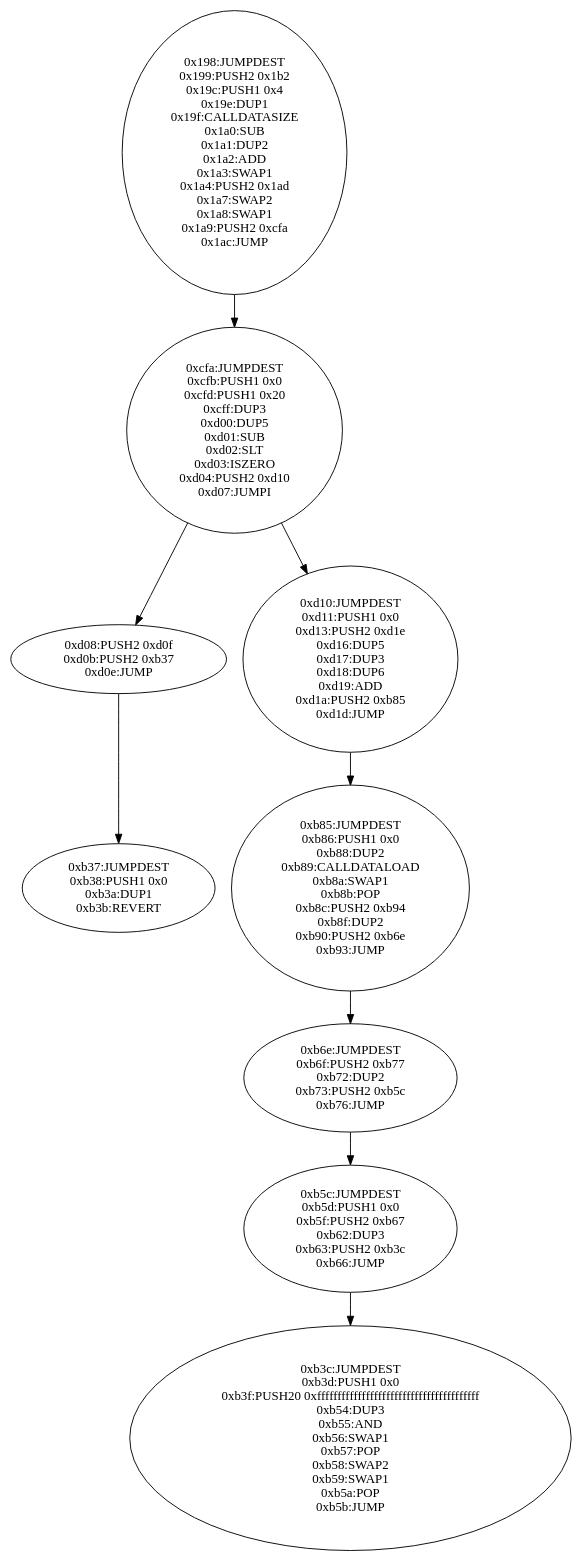
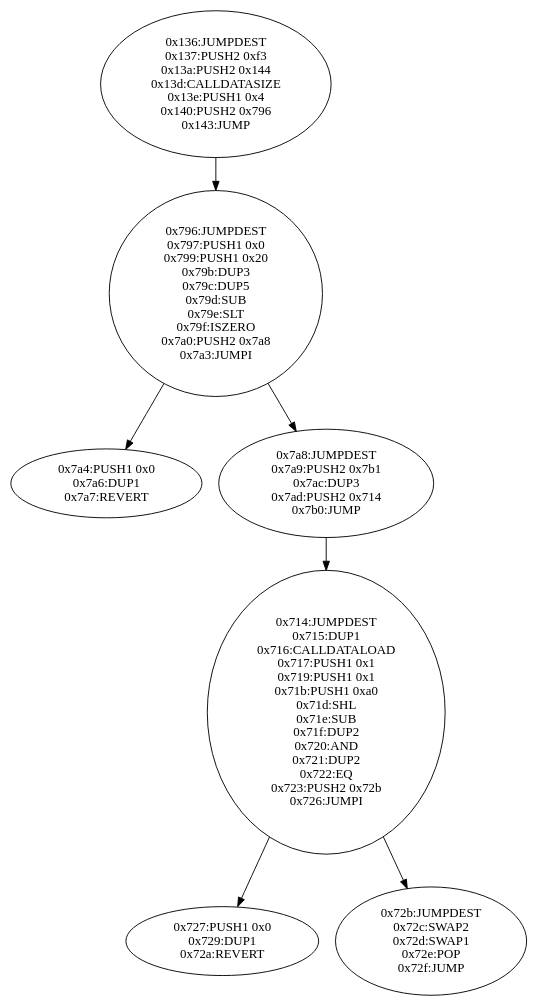
One commit to steventhornton/openzeppelin-research-project changed the diagram in erc20-example/cfg/output/Token.bin-runtime_balanceOf(address).dot. Above: the diagram before and after it, drawn with Graphviz. The commit also changed 12 other files, not shown here.

```diff
--- a/erc20-example/cfg/output/Token.bin-runtime_balanceOf(address).dot
+++ b/erc20-example/cfg/output/Token.bin-runtime_balanceOf(address).dot
@@ -1,83 +1,56 @@
 digraph{
-408[label="0x198:JUMPDEST
-0x199:PUSH2 0x1b2
-0x19c:PUSH1 0x4
-0x19e:DUP1
-0x19f:CALLDATASIZE
-0x1a0:SUB
-0x1a1:DUP2
-0x1a2:ADD
-0x1a3:SWAP1
-0x1a4:PUSH2 0x1ad
-0x1a7:SWAP2
-0x1a8:SWAP1
-0x1a9:PUSH2 0xcfa
-0x1ac:JUMP"]
-408 -> 3322
-3322[label="0xcfa:JUMPDEST
-0xcfb:PUSH1 0x0
-0xcfd:PUSH1 0x20
-0xcff:DUP3
-0xd00:DUP5
-0xd01:SUB
-0xd02:SLT
-0xd03:ISZERO
-0xd04:PUSH2 0xd10
-0xd07:JUMPI"]
-3322 -> 3336
-3322 -> 3344
-3336[label="0xd08:PUSH2 0xd0f
-0xd0b:PUSH2 0xb37
-0xd0e:JUMP"]
-3336 -> 2871
-2871[label="0xb37:JUMPDEST
-0xb38:PUSH1 0x0
-0xb3a:DUP1
-0xb3b:REVERT"]
-3344[label="0xd10:JUMPDEST
-0xd11:PUSH1 0x0
-0xd13:PUSH2 0xd1e
-0xd16:DUP5
-0xd17:DUP3
-0xd18:DUP6
-0xd19:ADD
-0xd1a:PUSH2 0xb85
-0xd1d:JUMP"]
-3344 -> 2949
-2949[label="0xb85:JUMPDEST
-0xb86:PUSH1 0x0
-0xb88:DUP2
-0xb89:CALLDATALOAD
-0xb8a:SWAP1
-0xb8b:POP
-0xb8c:PUSH2 0xb94
-0xb8f:DUP2
-0xb90:PUSH2 0xb6e
-0xb93:JUMP"]
-2949 -> 2926
-2926[label="0xb6e:JUMPDEST
-0xb6f:PUSH2 0xb77
-0xb72:DUP2
-0xb73:PUSH2 0xb5c
-0xb76:JUMP"]
-2926 -> 2908
-2908[label="0xb5c:JUMPDEST
-0xb5d:PUSH1 0x0
-0xb5f:PUSH2 0xb67
-0xb62:DUP3
-0xb63:PUSH2 0xb3c
-0xb66:JUMP"]
-2908 -> 2876
-2876[label="0xb3c:JUMPDEST
-0xb3d:PUSH1 0x0
-0xb3f:PUSH20 0xffffffffffffffffffffffffffffffffffffffff
-0xb54:DUP3
-0xb55:AND
-0xb56:SWAP1
-0xb57:POP
-0xb58:SWAP2
-0xb59:SWAP1
-0xb5a:POP
-0xb5b:JUMP"]
+310[label="0x136:JUMPDEST
+0x137:PUSH2 0xf3
+0x13a:PUSH2 0x144
+0x13d:CALLDATASIZE
+0x13e:PUSH1 0x4
+0x140:PUSH2 0x796
+0x143:JUMP"]
+310 -> 1942
+1942[label="0x796:JUMPDEST
+0x797:PUSH1 0x0
+0x799:PUSH1 0x20
+0x79b:DUP3
+0x79c:DUP5
+0x79d:SUB
+0x79e:SLT
+0x79f:ISZERO
+0x7a0:PUSH2 0x7a8
+0x7a3:JUMPI"]
+1942 -> 1956
+1942 -> 1960
+1956[label="0x7a4:PUSH1 0x0
+0x7a6:DUP1
+0x7a7:REVERT"]
+1960[label="0x7a8:JUMPDEST
+0x7a9:PUSH2 0x7b1
+0x7ac:DUP3
+0x7ad:PUSH2 0x714
+0x7b0:JUMP"]
+1960 -> 1812
+1812[label="0x714:JUMPDEST
+0x715:DUP1
+0x716:CALLDATALOAD
+0x717:PUSH1 0x1
+0x719:PUSH1 0x1
+0x71b:PUSH1 0xa0
+0x71d:SHL
+0x71e:SUB
+0x71f:DUP2
+0x720:AND
+0x721:DUP2
+0x722:EQ
+0x723:PUSH2 0x72b
+0x726:JUMPI"]
+1812 -> 1831
+1812 -> 1835
+1831[label="0x727:PUSH1 0x0
+0x729:DUP1
+0x72a:REVERT"]
+1835[label="0x72b:JUMPDEST
+0x72c:SWAP2
+0x72d:SWAP1
+0x72e:POP
+0x72f:JUMP"]
 
 }
```
